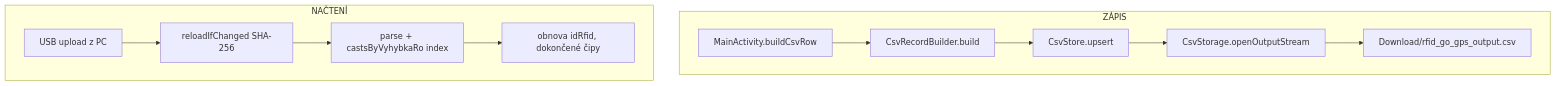
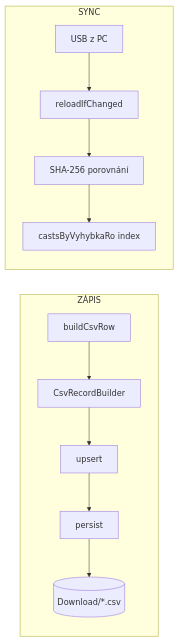
The eighth of 8 diagrams in docs/prirucka-vyvojare.md (tofiapp/rfid_go_gps), drawn with Mermaid before and after one commit. The commit also changed other lines of this file and 3 other files, not shown here.

````diff
--- a/docs/prirucka-vyvojare.md
+++ b/docs/prirucka-vyvojare.md
@@ -185,15 +344,15 @@
 ```mermaid
-flowchart TD
-  subgraph ZÁPIS
-    W1[MainActivity.buildCsvRow] --> W2[CsvRecordBuilder.build]
-    W2 --> W3[CsvStore.upsert]
-    W3 --> W4[CsvStorage.openOutputStream]
-    W4 --> W5["Download/rfid_go_gps_output.csv"]
-  end
+flowchart LR
+    subgraph ZÁPIS
+        A[buildCsvRow] --> B[CsvRecordBuilder]
+        B --> C[upsert]
+        C --> D[persist]
+        D --> E[(Download/*.csv)]
+    end
 
-  subgraph NAČTENÍ
-    R1[USB upload z PC] --> R2[reloadIfChanged SHA-256]
-    R2 --> R3[parse + castsByVyhybkaRo index]
-    R3 --> R4[obnova idRfid, dokončené čipy]
-  end
+    subgraph SYNC
+        F[USB z PC] --> G[reloadIfChanged]
+        G --> H[SHA-256 porovnání]
+        H --> I[castsByVyhybkaRo index]
+    end
 ```
````
